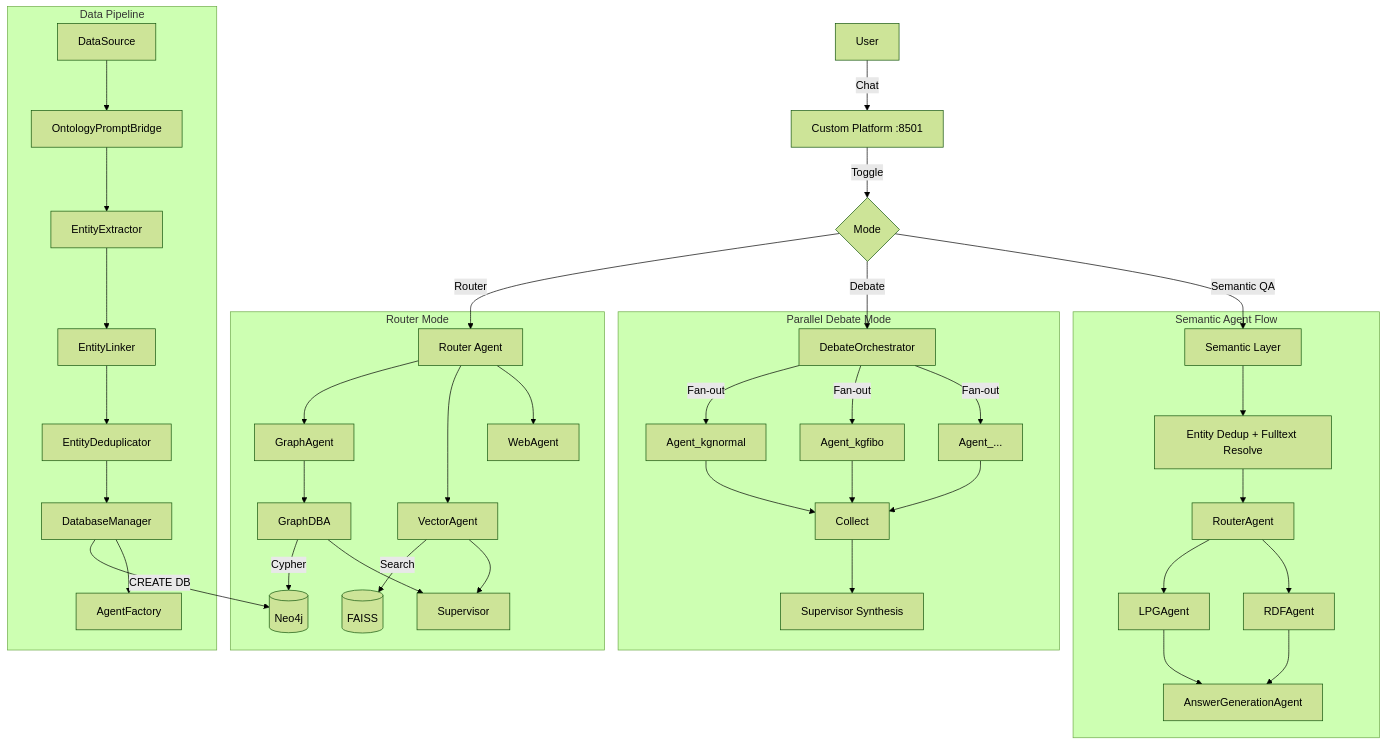
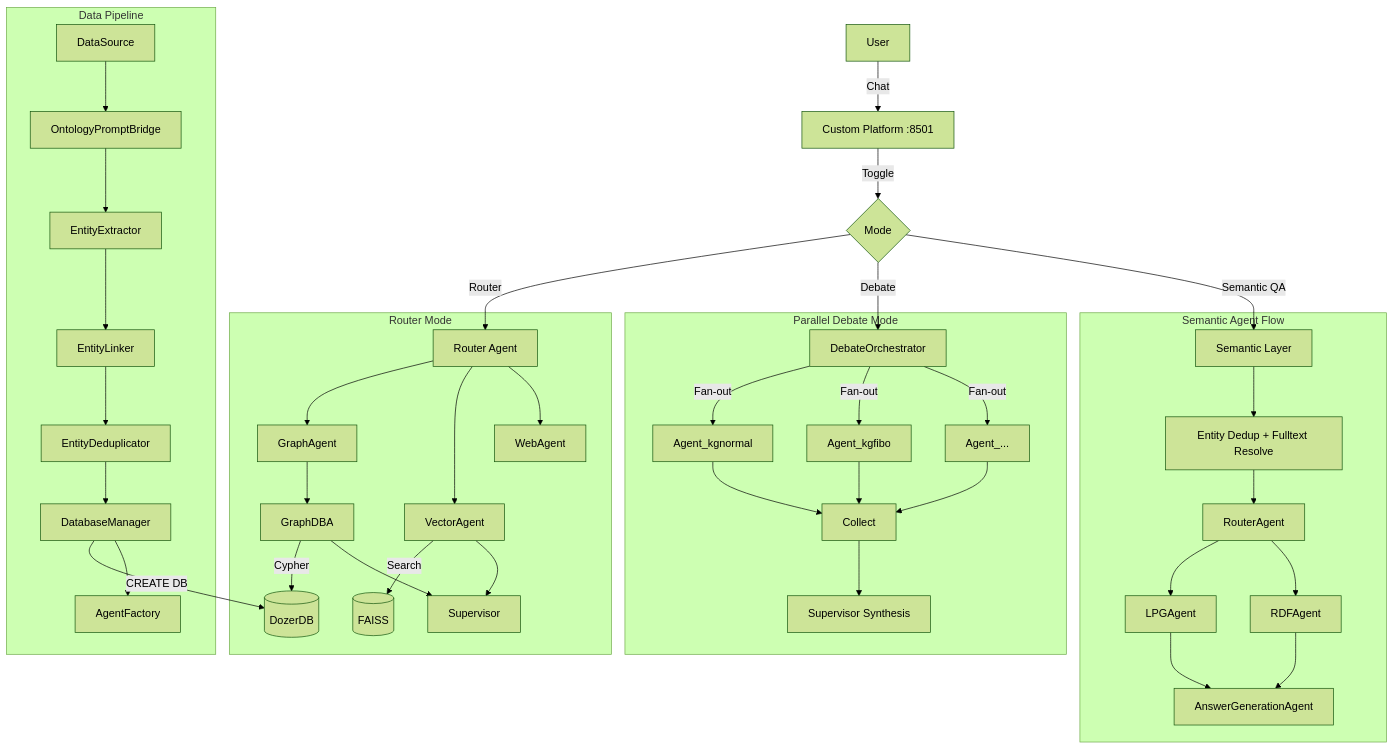
The diagram in README.md (tteon/seocho), drawn with Mermaid (forest theme) before and after one commit. The commit also changed other lines of this file and 126 other files, not shown here.

Commit message:
feat: add graph memory SDK and Codex automation workflows

````diff
--- a/README.md
+++ b/README.md
@@ -218,49 +386,49 @@
 ```mermaid
 graph TD
     User[User] -->|Chat| UI[Custom Platform :8501]
     UI -->|Toggle| Mode{Mode}
 
     Mode -->|Router| Router[Router Agent]
     Mode -->|Debate| Debate[DebateOrchestrator]
     Mode -->|Semantic QA| Sem[Semantic Layer]
 
     subgraph Router_Mode[Router Mode]
         Router --> Graph[GraphAgent]
         Router --> Vector[VectorAgent]
         Router --> Web[WebAgent]
         Graph --> DBA[GraphDBA]
-        DBA -->|Cypher| Neo4j[(Neo4j)]
+        DBA -->|Cypher| DozerDB[(DozerDB)]
         Vector -->|Search| FAISS[(FAISS)]
         DBA --> Sup1[Supervisor]
         Vector --> Sup1
     end
 
     subgraph Debate_Mode[Parallel Debate Mode]
         Debate -->|Fan-out| A1[Agent_kgnormal]
         Debate -->|Fan-out| A2[Agent_kgfibo]
         Debate -->|Fan-out| AN[Agent_...]
         A1 --> Collect[Collect]
         A2 --> Collect
         AN --> Collect
         Collect --> Sup2[Supervisor Synthesis]
     end
 
     subgraph Semantic_Mode[Semantic Agent Flow]
         Sem --> DedupResolve[Entity Dedup + Fulltext Resolve]
         DedupResolve --> Route2[RouterAgent]
         Route2 --> LPG[LPGAgent]
         Route2 --> RDF[RDFAgent]
         LPG --> Ans[AnswerGenerationAgent]
         RDF --> Ans
     end
 
     subgraph Pipeline[Data Pipeline]
         DS[DataSource] --> Bridge[OntologyPromptBridge]
         Bridge --> Extract[EntityExtractor]
         Extract --> Link[EntityLinker]
         Link --> Dedup[EntityDeduplicator]
         Dedup --> DBM[DatabaseManager]
-        DBM -->|CREATE DB| Neo4j
+        DBM -->|CREATE DB| DozerDB
         DBM --> AF[AgentFactory]
     end
 ```
````
